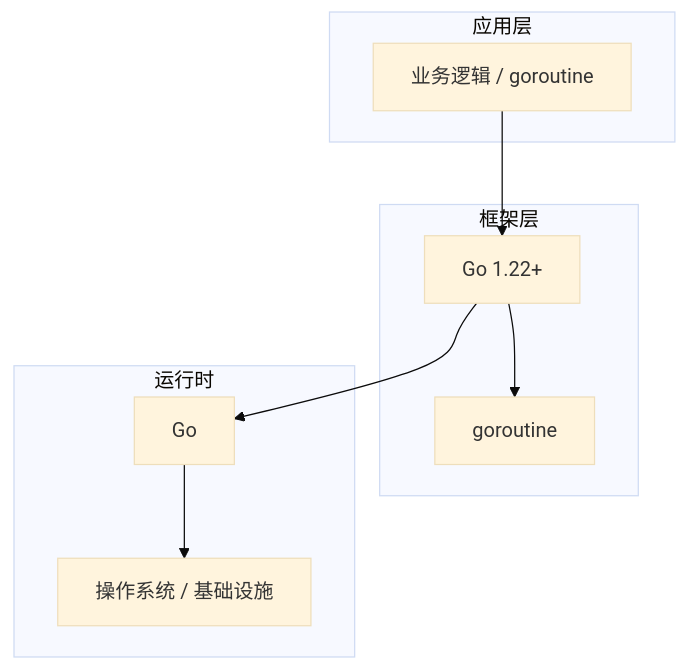
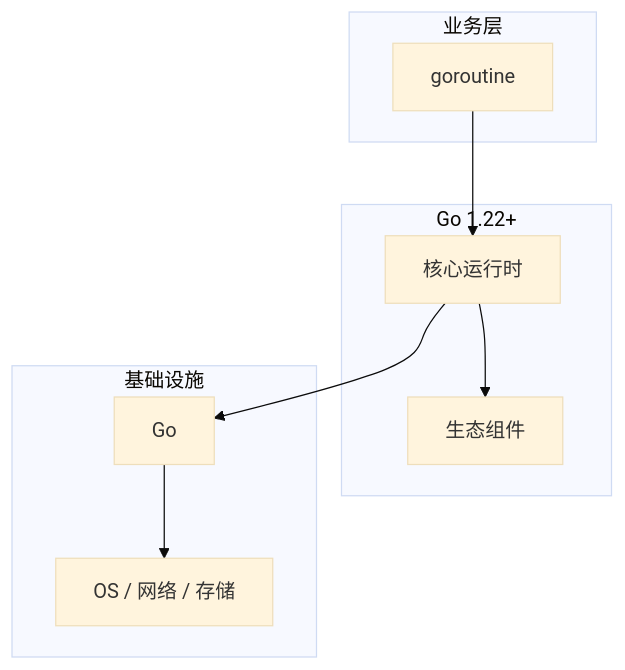
The diagram in articles/Go语言/chapters/049-goroutine核心概念与原理.md (yanggan2015/knowledge-json-v2), drawn with Mermaid (base theme) before and after one commit. The commit also changed other lines of this file and 10127 other files, not shown here.

````diff
--- a/articles/Go语言/chapters/049-goroutine核心概念与原理.md
+++ b/articles/Go语言/chapters/049-goroutine核心概念与原理.md
@@ -45,18 +34,18 @@
 ```mermaid
 graph TB
-    subgraph 应用层
-        A[业务逻辑 / goroutine]
+    subgraph 业务层
+        A[goroutine]
     end
-    subgraph 框架层
-        B[Go 1.22+]
-        C[goroutine]
+    subgraph Go 1.22+
+        B[核心运行时]
+        C[生态组件]
     end
-    subgraph 运行时
+    subgraph 基础设施
         D[Go]
-        E[操作系统 / 基础设施]
+        E[OS / 网络 / 存储]
     end
     A --> B
     B --> C
     B --> D
     D --> E
 ```
````
